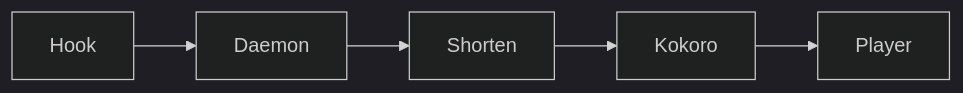
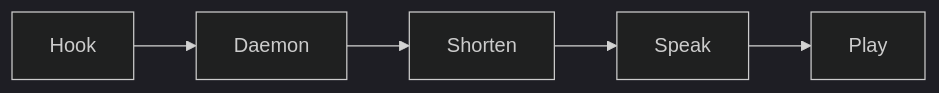
The diagram in docs/architecture.md (ajbarea/keryx), drawn with Mermaid (dark theme) before and after one commit. The commit also changed 5 other files, not shown here.

````diff
--- a/docs/architecture.md
+++ b/docs/architecture.md
@@ -13,7 +13,7 @@
 ```mermaid
 graph LR
   A[Hook] --> B[Daemon]
   B --> C[Shorten]
-  C --> D[Kokoro]
-  D --> E[Player]
+  C --> D[Speak]
+  D --> E[Play]
 ```
````
